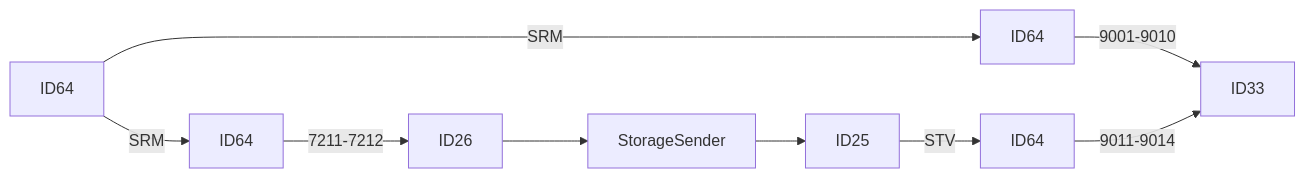
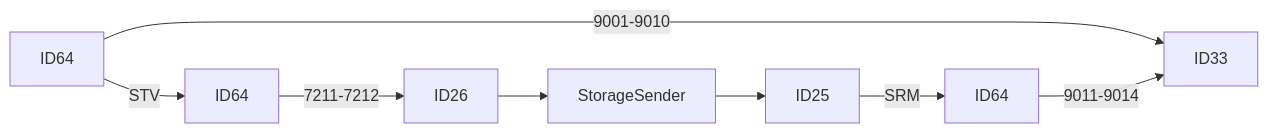
The third of 25 diagrams in Basic-Design/DFD-WMS/Storage/Palletizing-Settting/Palletize-Start.md (luthfiadityaa/SimeDarby-Wiki), drawn with Mermaid before and after one commit. The commit also changed other lines of this file, not shown here.

Commit message:
Updated Palletize Start

```diff
--- a/Basic-Design/DFD-WMS/Storage/Palletizing-Settting/Palletize-Start.md
+++ b/Basic-Design/DFD-WMS/Storage/Palletizing-Settting/Palletize-Start.md
@@ -30,9 +30,8 @@
 ::: mermaid
 flowchart LR
 
-P18[ID64]--> |SRM| P19[ID64]--> |7211-7212| P20[ID26]-->P21[StorageSender]-->P22[ID25]--> |STV| P23[ID64]
+P18[ID64]--> |STV| P19[ID64]--> |7211-7212| P20[ID26]-->P21[StorageSender]-->P22[ID25]--> |SRM| P23[ID64]
 
-P18[ID64]--> |SRM| P13[ID64]
-P13[ID64]--> |9001-9010| P14[ID33]
+P18[ID64]--> |9001-9010| P14[ID33]
 P23[ID64]--> |9011-9014| P14[ID33]
 :::
```
